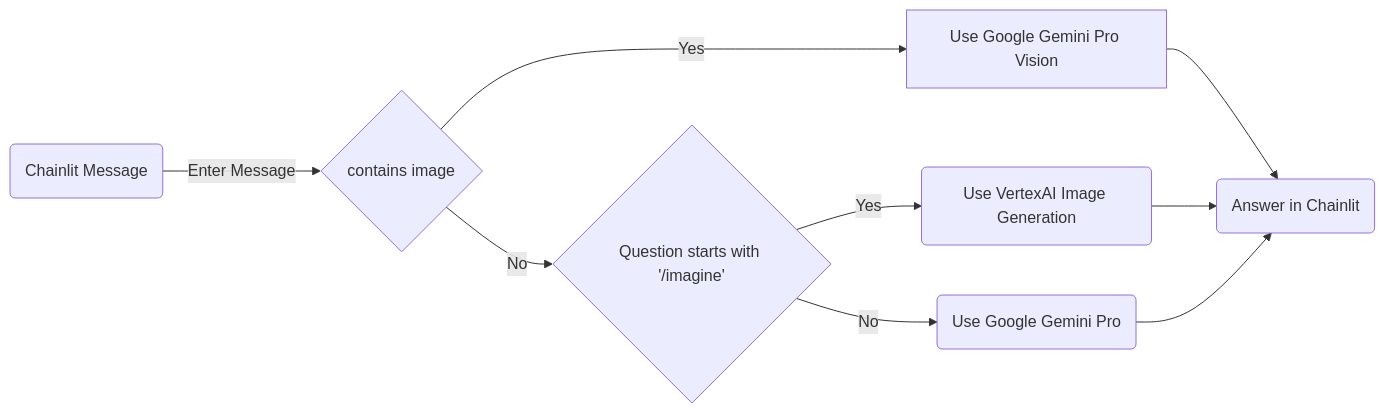
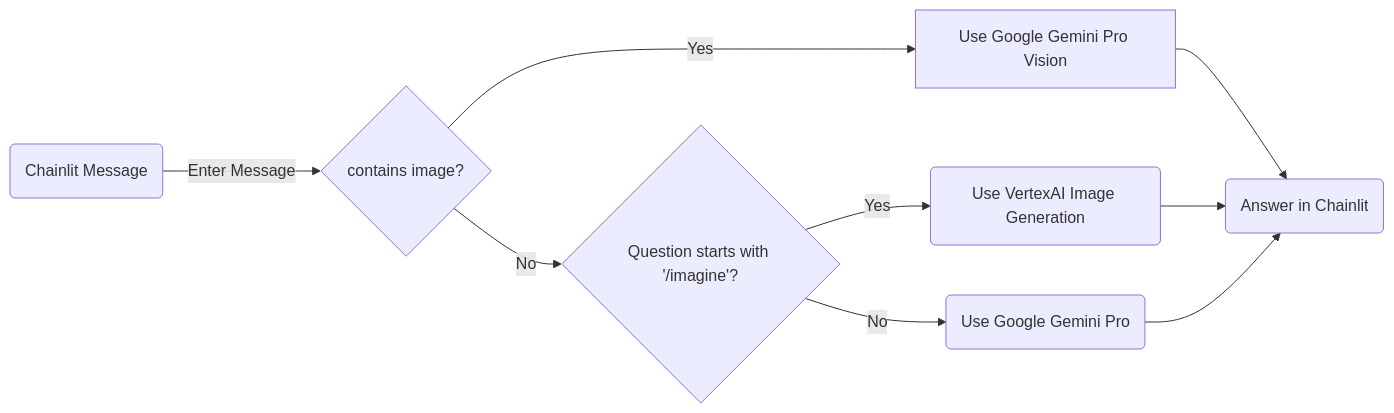
The diagram in README.md (luisagcenteno84/chainlit_googlegenai), drawn with Mermaid before and after one commit.

Commit message:
question marks

````diff
--- a/README.md
+++ b/README.md
@@ -9,11 +9,11 @@
 ```mermaid
     flowchart LR
-        A(Chainlit Message) -->|Enter Message| B{contains image}
+        A(Chainlit Message) -->|Enter Message| B{contains image?}
         B -->|Yes| C[Use Google Gemini Pro Vision]
-        B -->|No| D{Question starts with '/imagine'}
+        B -->|No| D{Question starts with '/imagine'?}
         D --> |Yes| E(Use VertexAI Image Generation)
         D --> |No| F(Use Google Gemini Pro)
         C --> G(Answer in Chainlit)
         E --> G
         F --> G
 ```
````
